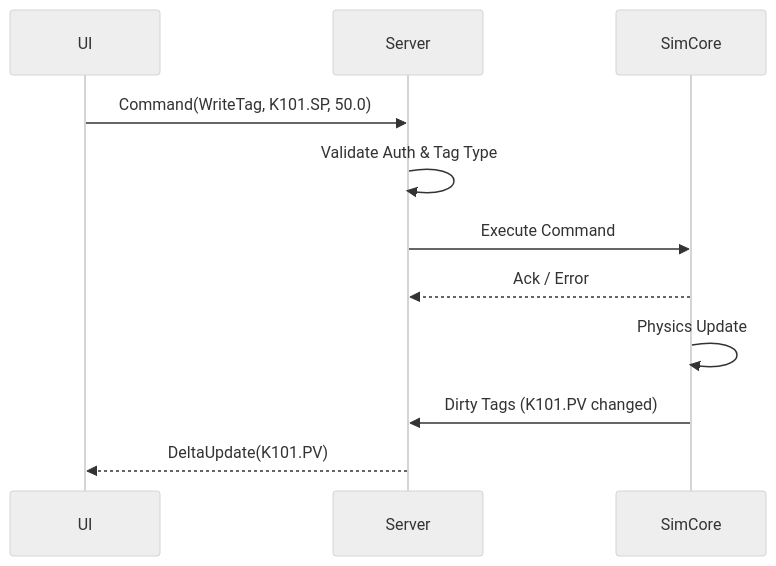
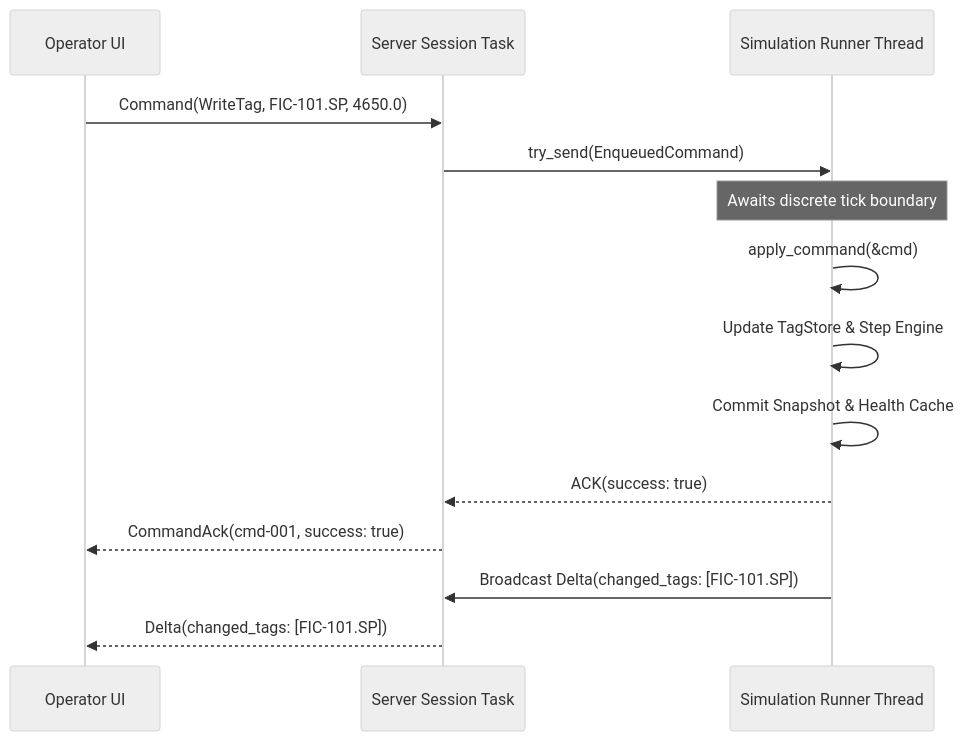
One commit to kaivyy/nebudcs changed the second of 2 diagrams in docs/architecture/protocol.md. Above: the diagram before and after it, drawn with Mermaid (neutral theme). The commit also changed other lines of this file and 149 other files, not shown here.

````diff
--- a/docs/architecture/protocol.md
+++ b/docs/architecture/protocol.md
@@ -108,13 +221,16 @@
 ```mermaid
 sequenceDiagram
-    participant UI
-    participant Server
-    participant SimCore
-    UI->>Server: Command(WriteTag, K101.SP, 50.0)
-    Server->>Server: Validate Auth & Tag Type
-    Server->>SimCore: Execute Command
-    SimCore-->>Server: Ack / Error
-    SimCore->>SimCore: Physics Update
-    SimCore->>Server: Dirty Tags (K101.PV changed)
-    Server-->>UI: DeltaUpdate(K101.PV)
+    participant UI as Operator UI
+    participant WS as Server Session Task
+    participant Sim as Simulation Runner Thread
+    UI->>WS: Command(WriteTag, FIC-101.SP, 4650.0)
+    WS->>Sim: try_send(EnqueuedCommand)
+    Note over Sim: Awaits discrete tick boundary
+    Sim->>Sim: apply_command(&cmd)
+    Sim->>Sim: Update TagStore & Step Engine
+    Sim->>Sim: Commit Snapshot & Health Cache
+    Sim-->>WS: ACK(success: true)
+    WS-->>UI: CommandAck(cmd-001, success: true)
+    Sim->>WS: Broadcast Delta(changed_tags: [FIC-101.SP])
+    WS-->>UI: Delta(changed_tags: [FIC-101.SP])
 ```
````
